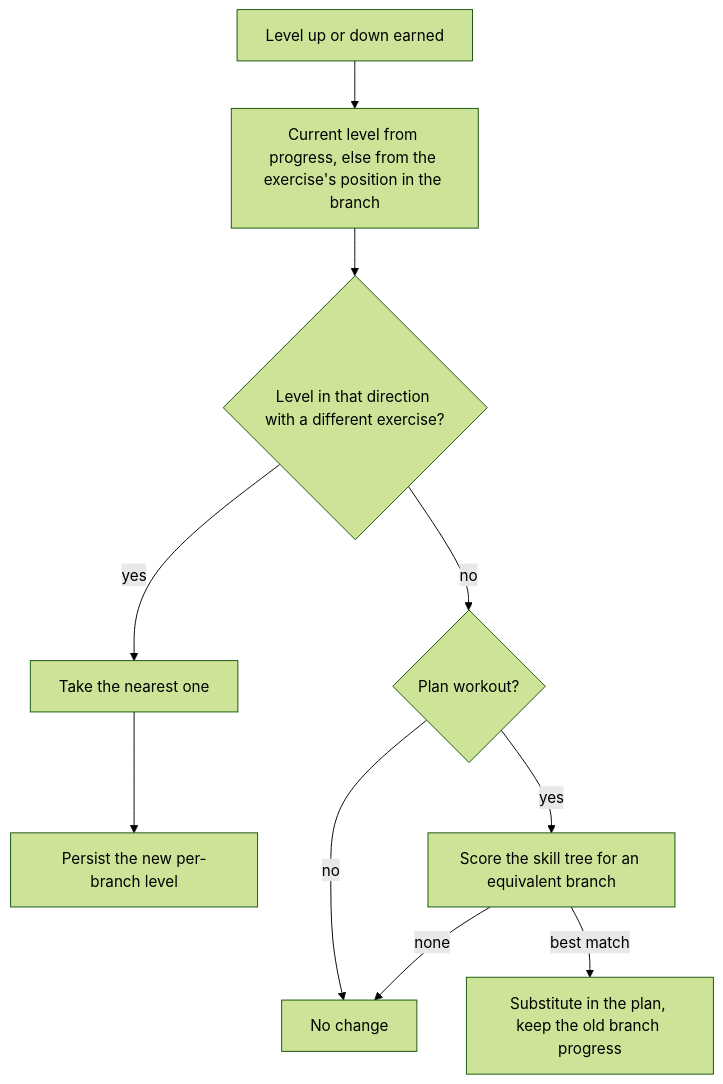
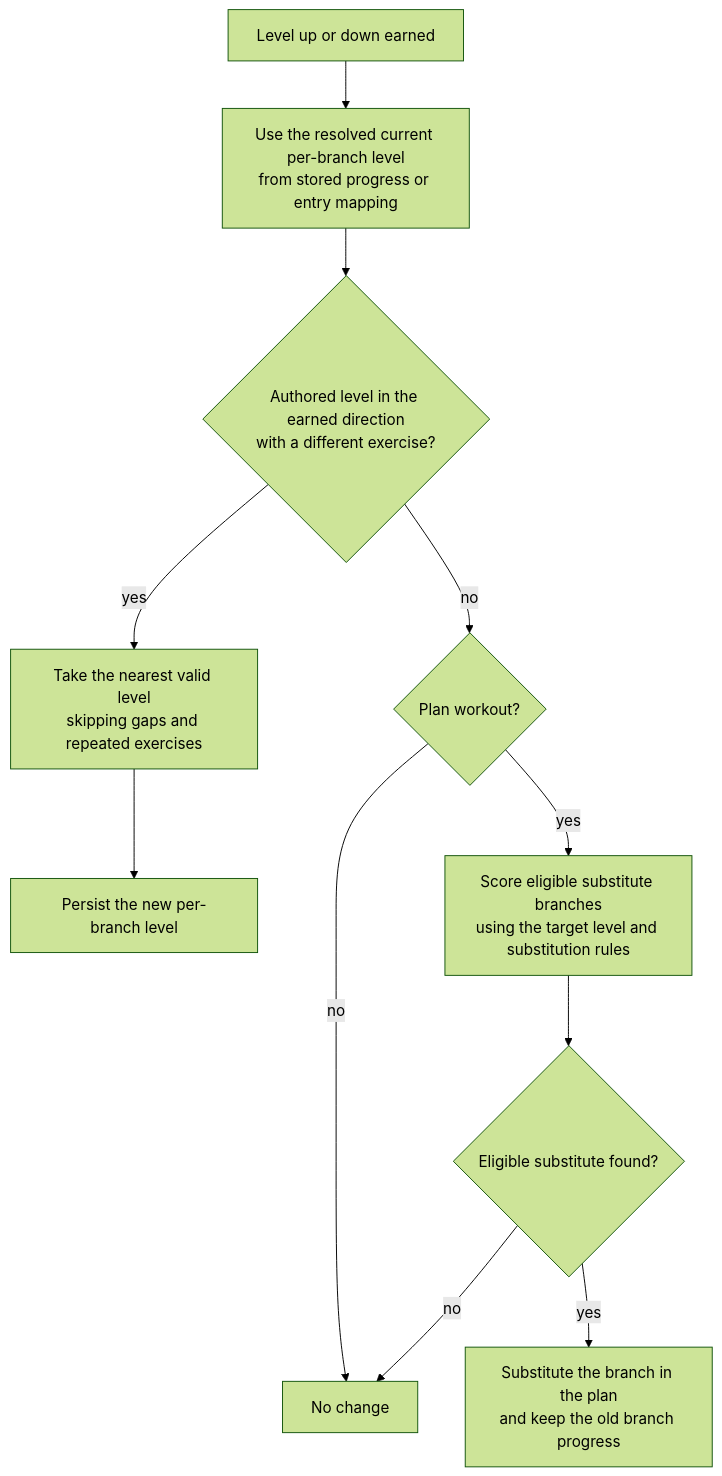
The first of 2 diagrams in athlete-mobile/docs/specs/foundations/branches-exercises-and-levels.md (digital-athletic/sports-athletic), drawn with Mermaid (forest theme) before and after one commit. The commit also changed other lines of this file and 4 other files, not shown here.

````diff
--- a/athlete-mobile/docs/specs/foundations/branches-exercises-and-levels.md
+++ b/athlete-mobile/docs/specs/foundations/branches-exercises-and-levels.md
@@ -78,12 +90,13 @@
 ```mermaid
 flowchart TD
-    A[Level up or down earned] --> B[Current level from progress, else from the exercise's position in the branch]
-    B --> C{Level in that direction with a different exercise?}
-    C -- yes --> D[Take the nearest one]
+    A[Level up or down earned] --> B[Use the resolved current per-branch level<br/>from stored progress or entry mapping]
+    B --> C{Authored level in the earned direction<br/>with a different exercise?}
+    C -- yes --> D[Take the nearest valid level<br/>skipping gaps and repeated exercises]
     D --> E[Persist the new per-branch level]
     C -- no --> F{Plan workout?}
     F -- no --> G[No change]
-    F -- yes --> H[Score the skill tree for an equivalent branch]
-    H -- best match --> I[Substitute in the plan, keep the old branch progress]
-    H -- none --> G
+    F -- yes --> H[Score eligible substitute branches<br/>using the target level and substitution rules]
+    H --> J{Eligible substitute found?}
+    J -- no --> G
+    J -- yes --> I[Substitute the branch in the plan<br/>and keep the old branch progress]
 ```
````
